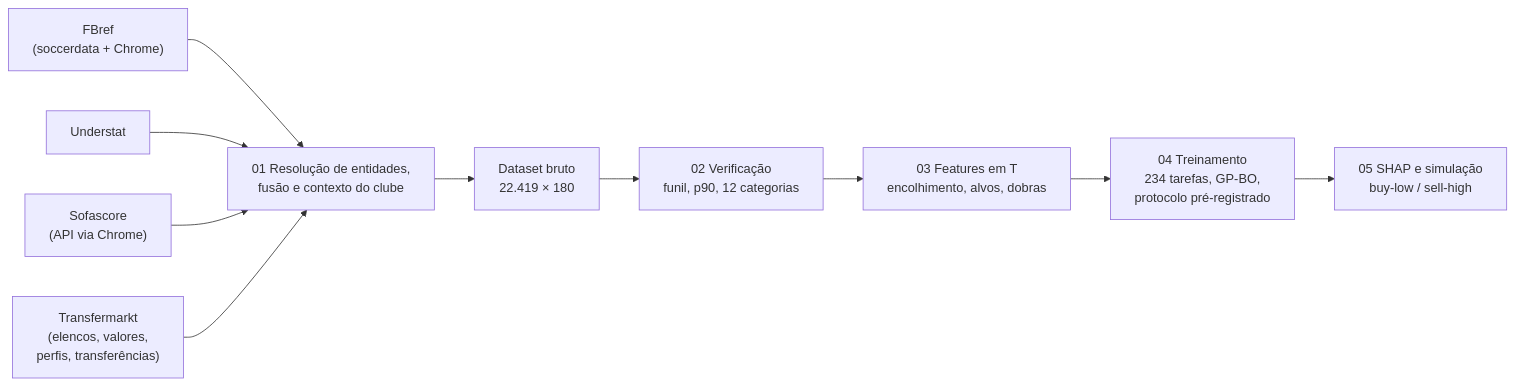
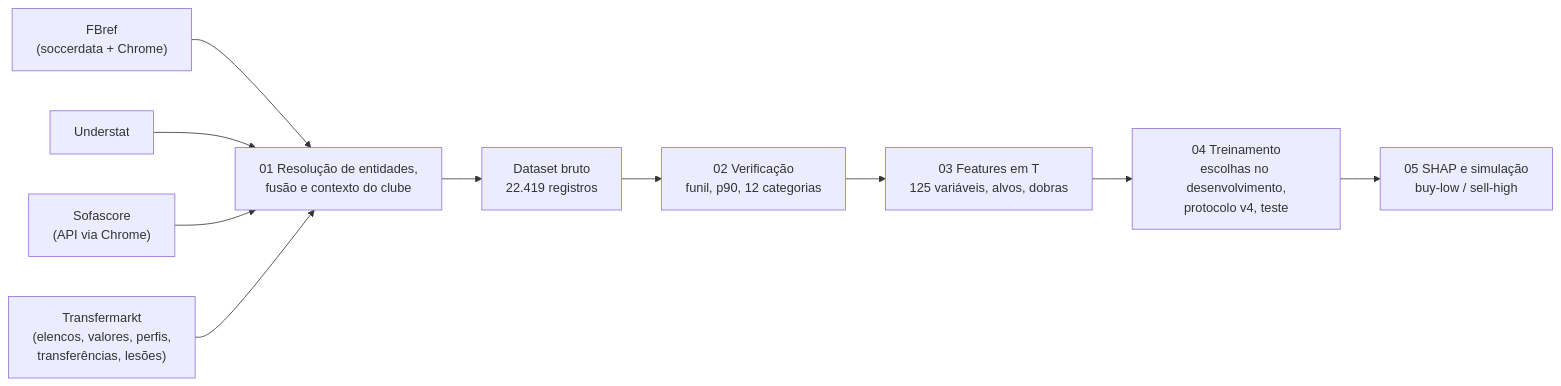
One commit to alvarodevbr/football-analytics changed the diagram in reports/README.md. Above: the diagram before and after it, drawn with Mermaid. The commit also changed other lines of this file and 108 other files, not shown here.

````diff
--- a/reports/README.md
+++ b/reports/README.md
@@ -104,12 +82,12 @@
 ```mermaid
 flowchart LR
     A["FBref<br/>(soccerdata + Chrome)"] --> E
     B["Understat"] --> E
     C["Sofascore<br/>(API via Chrome)"] --> E
-    D["Transfermarkt<br/>(elencos, valores,<br/>perfis, transferências)"] --> E
-    E["01 Resolução de entidades,<br/>fusão e contexto do clube"] --> F["Dataset bruto<br/>22.419 × 180"]
+    D["Transfermarkt<br/>(elencos, valores, perfis,<br/>transferências, lesões)"] --> E
+    E["01 Resolução de entidades,<br/>fusão e contexto do clube"] --> F["Dataset bruto<br/>22.419 registros"]
     F --> G["02 Verificação<br/>funil, p90, 12 categorias"]
-    G --> H["03 Features em T<br/>encolhimento, alvos, dobras"]
-    H --> I["04 Treinamento<br/>234 tarefas, GP-BO,<br/>protocolo pré-registrado"]
+    G --> H["03 Features em T<br/>125 variáveis, alvos, dobras"]
+    H --> I["04 Treinamento<br/>escolhas no desenvolvimento,<br/>protocolo v4, teste"]
     I --> J["05 SHAP e simulação<br/>buy-low / sell-high"]
 ```
````
